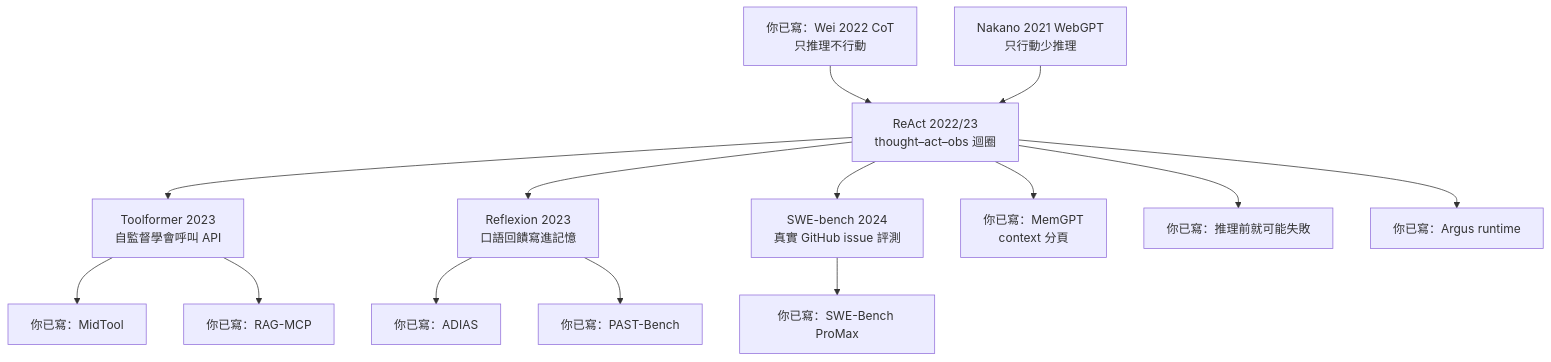
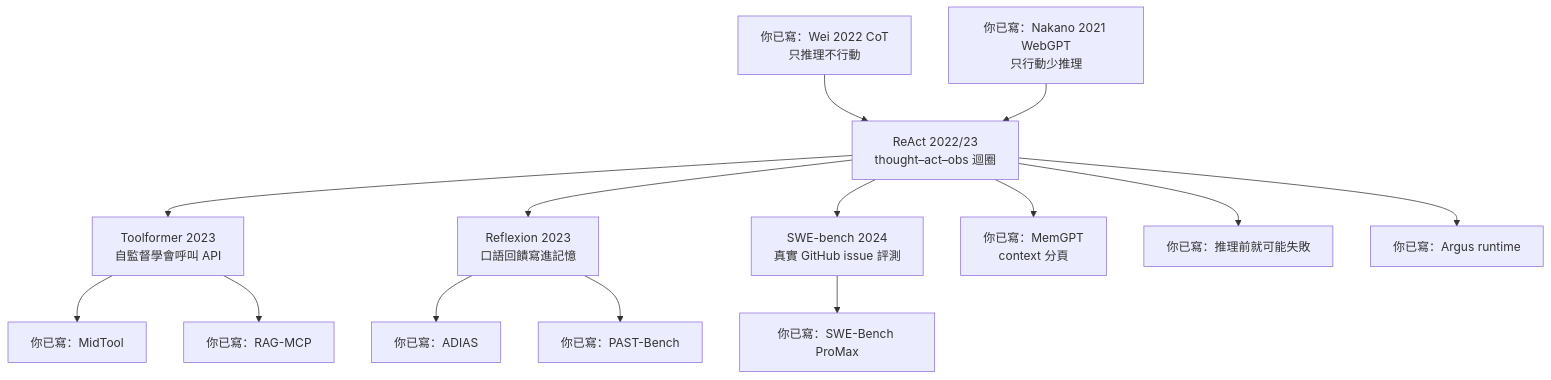
One commit to poirotw66/poirotw66.github.io changed the diagram in src/content/blog/91-agent-method-foundation-reading-map.md. Above: the diagram before and after it, drawn with Mermaid. The commit also changed other lines of this file and 12 other files, not shown here.

First line of the commit message:
Add WebGPT paper-reading note 30 (ZH/EN)

````diff
--- a/src/content/blog/91-agent-method-foundation-reading-map.md
+++ b/src/content/blog/91-agent-method-foundation-reading-map.md
@@ -45,18 +45,18 @@
 ```mermaid
 flowchart TB
   CoT["你已寫：Wei 2022 CoT<br/>只推理不行動"]
-  WebGPT["Nakano 2021 WebGPT<br/>只行動少推理"]
+  WebGPT["你已寫：Nakano 2021 WebGPT<br/>只行動少推理"]
   CoT --> ReAct["ReAct 2022/23<br/>thought–act–obs 迴圈"]
   WebGPT --> ReAct
   ReAct --> Toolformer["Toolformer 2023<br/>自監督學會呼叫 API"]
   ReAct --> Reflexion["Reflexion 2023<br/>口語回饋寫進記憶"]
   ReAct --> SWEb["SWE-bench 2024<br/>真實 GitHub issue 評測"]
   ReAct --> MemGPT["你已寫：MemGPT<br/>context 分頁"]
   Toolformer --> MidTool["你已寫：MidTool"]
   Toolformer --> RAGMCP["你已寫：RAG-MCP"]
   Reflexion --> ADIAS["你已寫：ADIAS"]
   Reflexion --> PAST["你已寫：PAST-Bench"]
   SWEb --> ProMax["你已寫：SWE-Bench ProMax"]
   ReAct --> ReadGate["你已寫：推理前就可能失敗"]
   ReAct --> Argus["你已寫：Argus runtime"]
 ```
````
